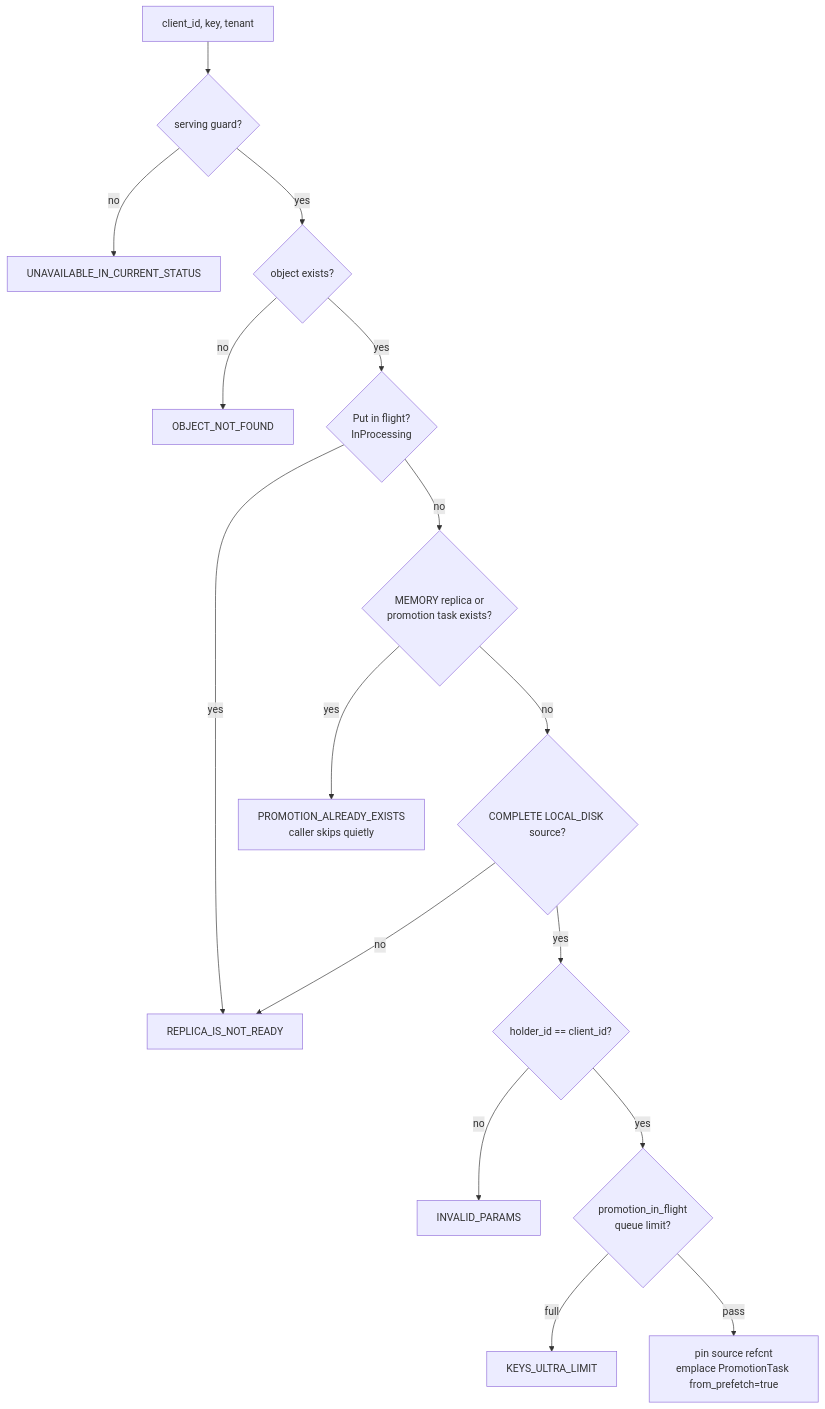
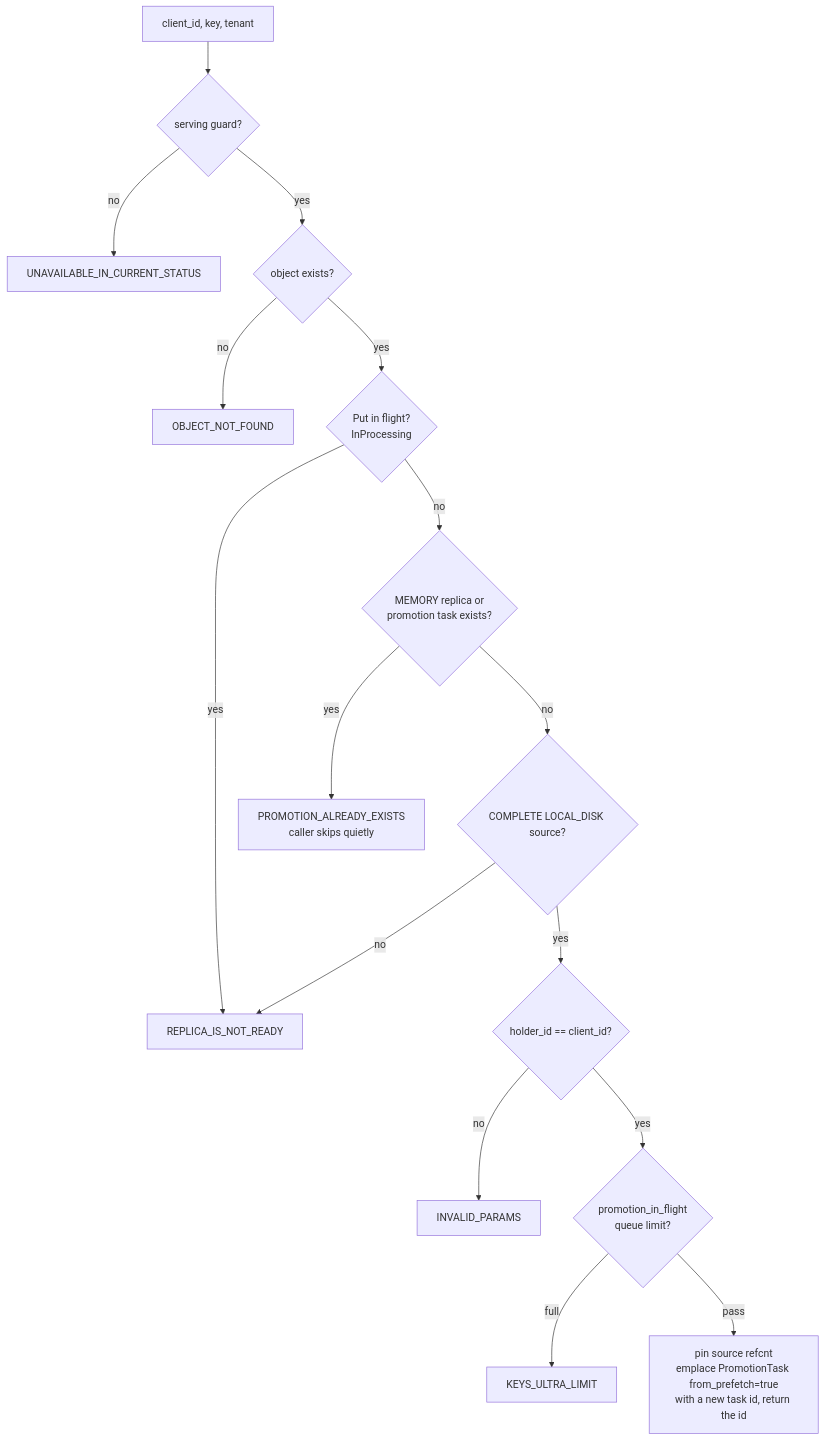
The fourth of 5 diagrams in docs/source/design/store/ssd-prefetch.md (kvcache-ai/Mooncake), drawn with Mermaid before and after one commit. The commit also changed other lines of this file and 15 other files, not shown here.

````diff
--- a/docs/source/design/store/ssd-prefetch.md
+++ b/docs/source/design/store/ssd-prefetch.md
@@ -215,18 +226,18 @@
 ```mermaid
 flowchart TD
     A[client_id, key, tenant] --> B{serving guard?}
     B -- no --> X1[UNAVAILABLE_IN_CURRENT_STATUS]
     B -- yes --> C{object exists?}
     C -- no --> X2[OBJECT_NOT_FOUND]
     C -- yes --> D{Put in flight?<br/>InProcessing}
     D -- yes --> X3[REPLICA_IS_NOT_READY]
     D -- no --> E{MEMORY replica or<br/>promotion task exists?}
     E -- yes --> X4[PROMOTION_ALREADY_EXISTS<br/>caller skips quietly]
     E -- no --> F{COMPLETE LOCAL_DISK source?}
     F -- no --> X3
     F -- yes --> G{"holder_id == client_id?"}
     G -- no --> X5[INVALID_PARAMS]
     G -- yes --> H{promotion_in_flight<br/>queue limit?}
     H -- full --> X6[KEYS_ULTRA_LIMIT]
-    H -- pass --> I[pin source refcnt<br/>emplace PromotionTask from_prefetch=true]
+    H -- pass --> I[pin source refcnt<br/>emplace PromotionTask from_prefetch=true<br/>with a new task id, return the id]
 ```
````
